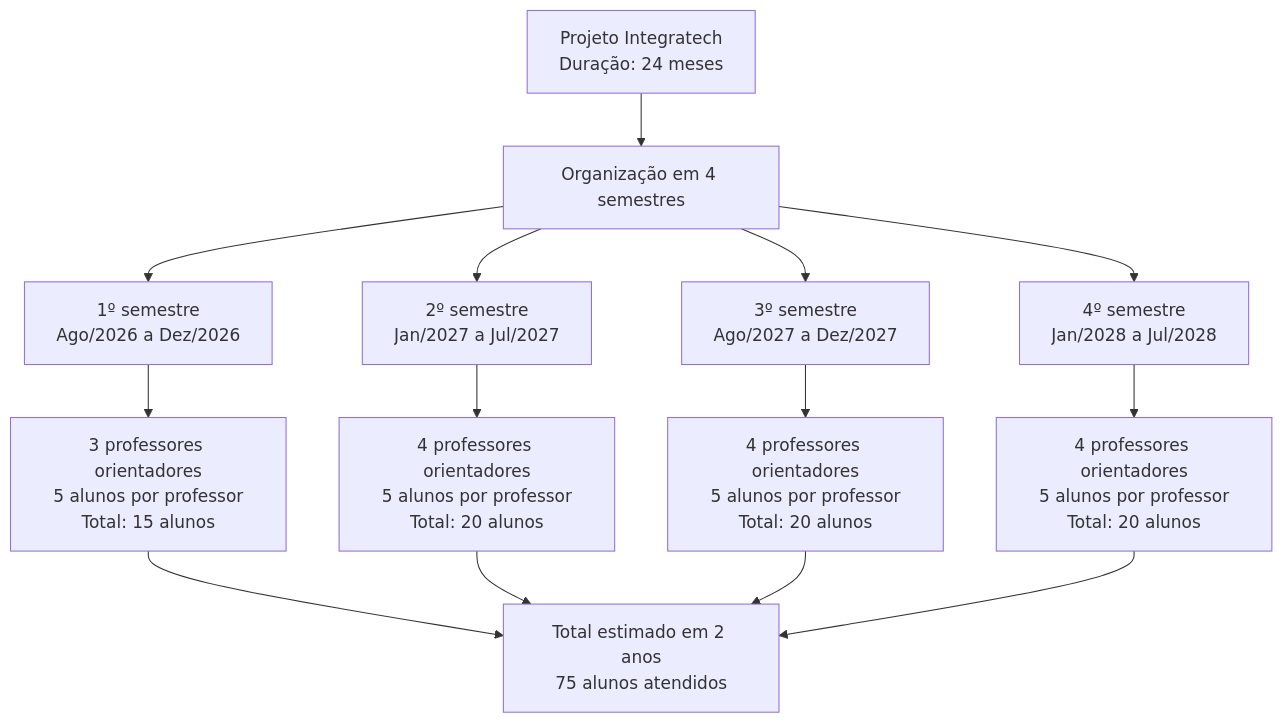
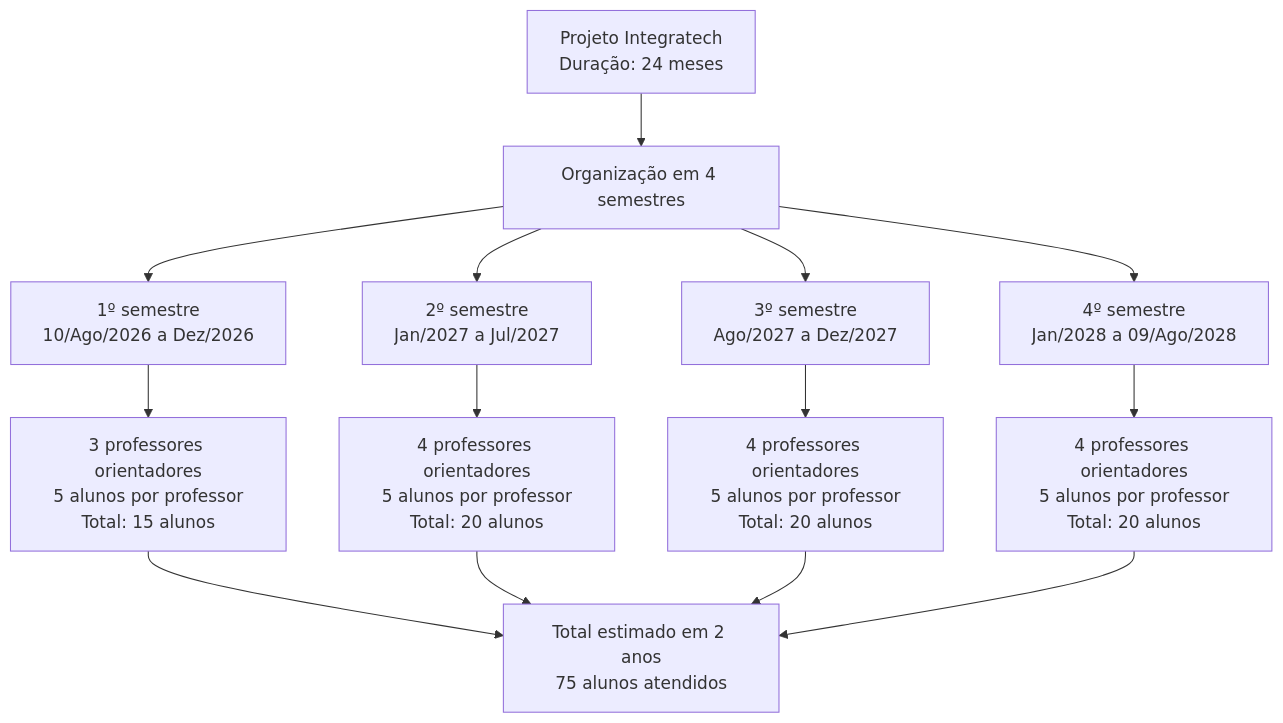
One commit to monteiro74/integratech-sinop changed the first of 7 diagrams in README.md. Above: the diagram before and after it, drawn with Mermaid. The commit also changed other lines of this file, not shown here.

````diff
--- a/README.md
+++ b/README.md
@@ -348,19 +348,19 @@
 ```mermaid
 flowchart TD
     A[Projeto Integratech<br/>Duração: 24 meses] --> B[Organização em 4 semestres]
 
-    B --> C1[1º semestre<br/>Ago/2026 a Dez/2026]
+    B --> C1[1º semestre<br/>10/Ago/2026 a Dez/2026]
     B --> C2[2º semestre<br/>Jan/2027 a Jul/2027]
     B --> C3[3º semestre<br/>Ago/2027 a Dez/2027]
-    B --> C4[4º semestre<br/>Jan/2028 a Jul/2028]
+    B --> C4[4º semestre<br/>Jan/2028 a 09/Ago/2028]
 
     C1 --> D1[3 professores orientadores<br/>5 alunos por professor<br/>Total: 15 alunos]
     C2 --> D2[4 professores orientadores<br/>5 alunos por professor<br/>Total: 20 alunos]
     C3 --> D3[4 professores orientadores<br/>5 alunos por professor<br/>Total: 20 alunos]
     C4 --> D4[4 professores orientadores<br/>5 alunos por professor<br/>Total: 20 alunos]
 
     D1 --> E[Total estimado em 2 anos<br/>75 alunos atendidos]
     D2 --> E
     D3 --> E
     D4 --> E
 ```
````
